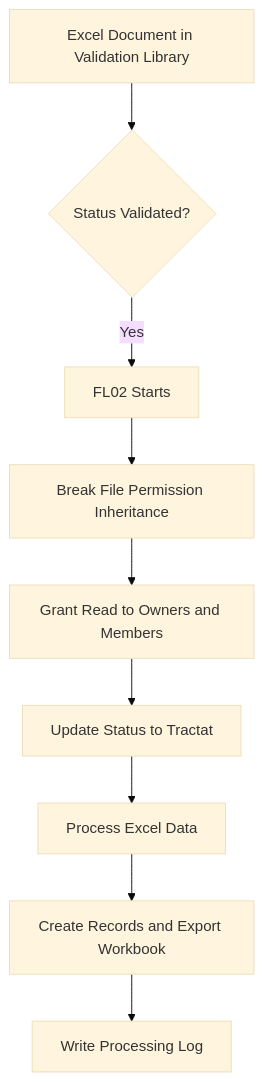
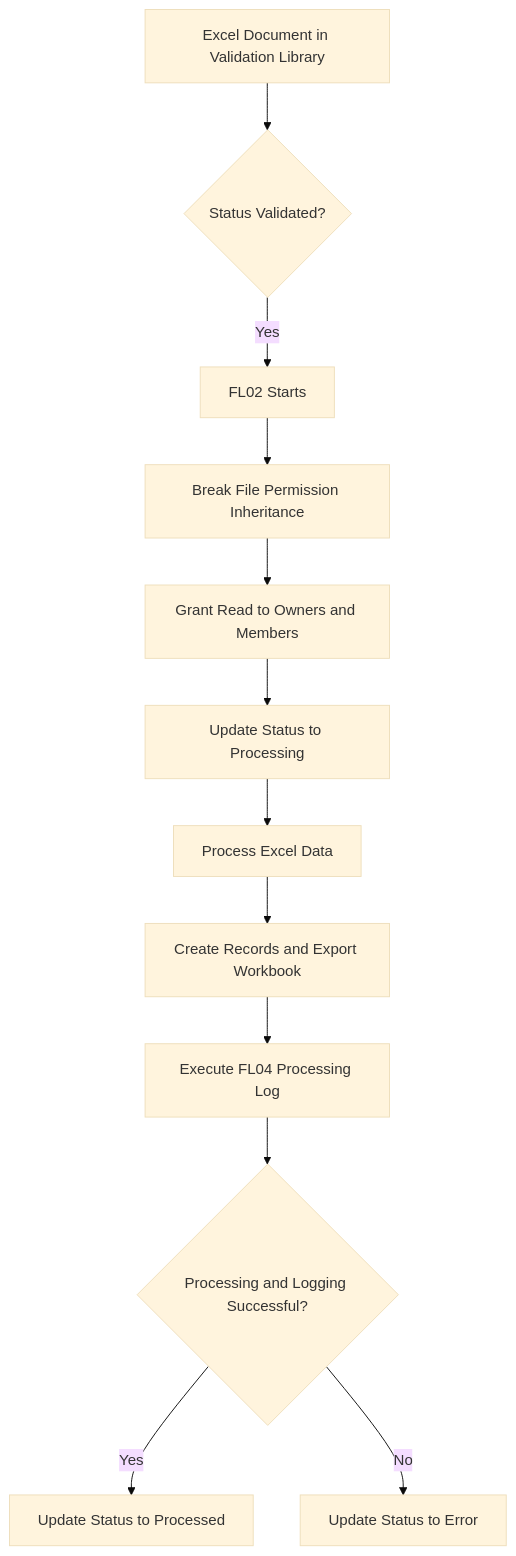
One commit to smartinmunoz/power-platform-portfolio changed the diagram in Power-Automate/SharePoint-Excel-Automation/Sharepoint/libraries/validation-library.md. Above: the diagram before and after it, drawn with Mermaid (base theme). The commit also changed other lines of this file, not shown here.

Commit message:
docs: finalize validation library processing lifecycle
Updated workflow diagram and processing status descriptions in validation-library.md.

````diff
--- a/Power-Automate/SharePoint-Excel-Automation/Sharepoint/libraries/validation-library.md
+++ b/Power-Automate/SharePoint-Excel-Automation/Sharepoint/libraries/validation-library.md
@@ -136,21 +136,28 @@
 ```mermaid
 flowchart TD
-    A[Excel Document in Validation Library]
-    B{Status Validated?}
-    C[FL02 Starts]
-    D[Break File Permission Inheritance]
-    E[Grant Read to Owners and Members]
-    F[Update Status to Tractat]
-    G[Process Excel Data]
-    H[Create Records and Export Workbook]
-    I[Write Processing Log]
+    A["Excel Document in Validation Library"]
+    B{"Status Validated?"}
+    C["FL02 Starts"]
+    D["Break File Permission Inheritance"]
+    E["Grant Read to Owners and Members"]
+    F["Update Status to Processing"]
+    G["Process Excel Data"]
+    H["Create Records and Export Workbook"]
+    I["Execute FL04 Processing Log"]
+    J{"Processing and Logging Successful?"}
+    K["Update Status to Processed"]
+    L["Update Status to Error"]
 
     A --> B
     B -->|Yes| C
     C --> D
     D --> E
     E --> F
     F --> G
     G --> H
     H --> I
+    I --> J
+    J -->|Yes| K
+    J -->|No| L
+
 ```
````
